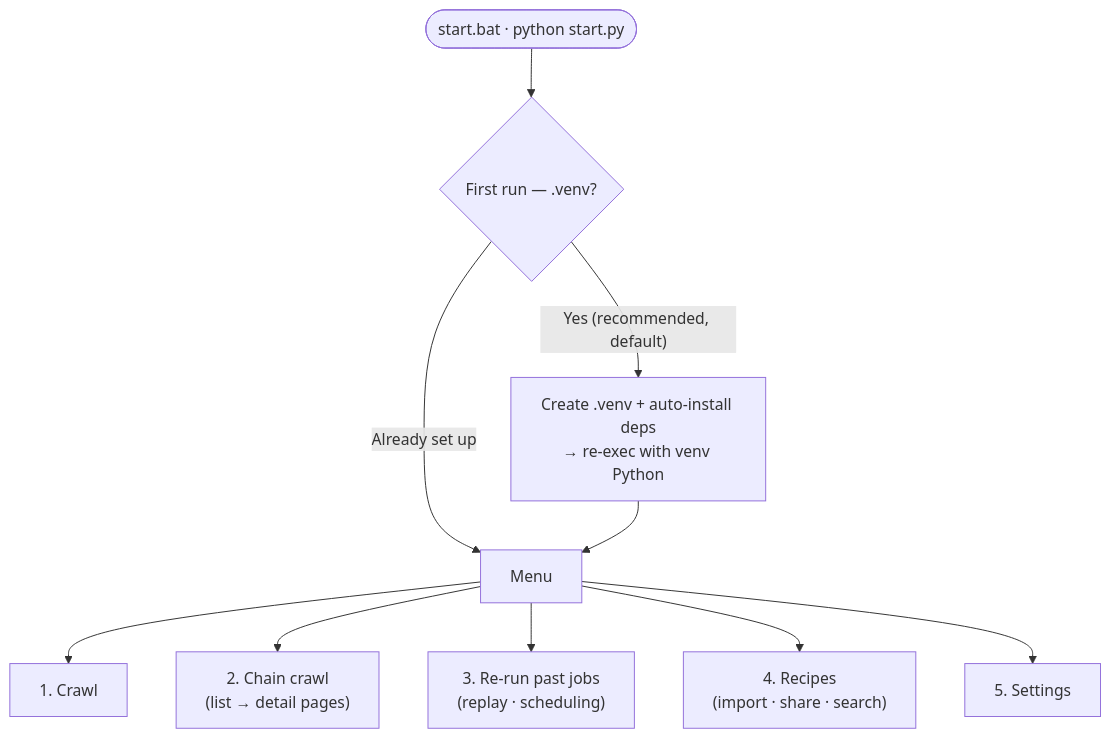
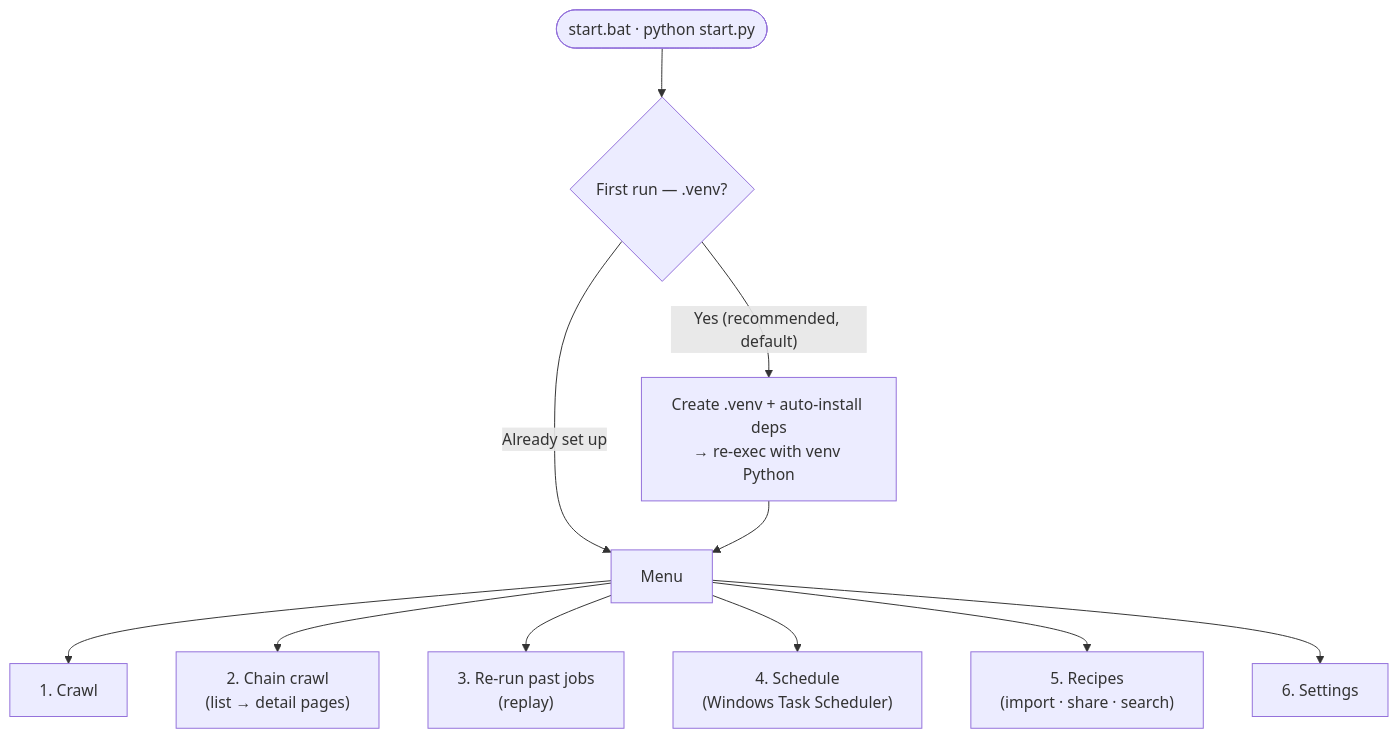
Before and after one commit to Basearchio/Sovereign-Scraper: the first of 2 diagrams in README.md, drawn with Mermaid. The commit also changed other lines of this file and 7 other files, not shown here.

````diff
--- a/README.md
+++ b/README.md
@@ -60,12 +60,13 @@
 ```mermaid
 flowchart TD
     Start(["start.bat · python start.py"]) --> Boot{"First run — .venv?"}
     Boot -- "Yes (recommended, default)" --> Venv["Create .venv + auto-install deps<br/>→ re-exec with venv Python"]
     Boot -- "Already set up" --> Menu["Menu"]
     Venv --> Menu
     Menu --> M1["1. Crawl"]
     Menu --> M2["2. Chain crawl<br/>(list → detail pages)"]
-    Menu --> M3["3. Re-run past jobs<br/>(replay · scheduling)"]
-    Menu --> M4["4. Recipes<br/>(import · share · search)"]
-    Menu --> M5["5. Settings"]
+    Menu --> M3["3. Re-run past jobs<br/>(replay)"]
+    Menu --> M4["4. Schedule<br/>(Windows Task Scheduler)"]
+    Menu --> M5["5. Recipes<br/>(import · share · search)"]
+    Menu --> M6["6. Settings"]
 ```
````
